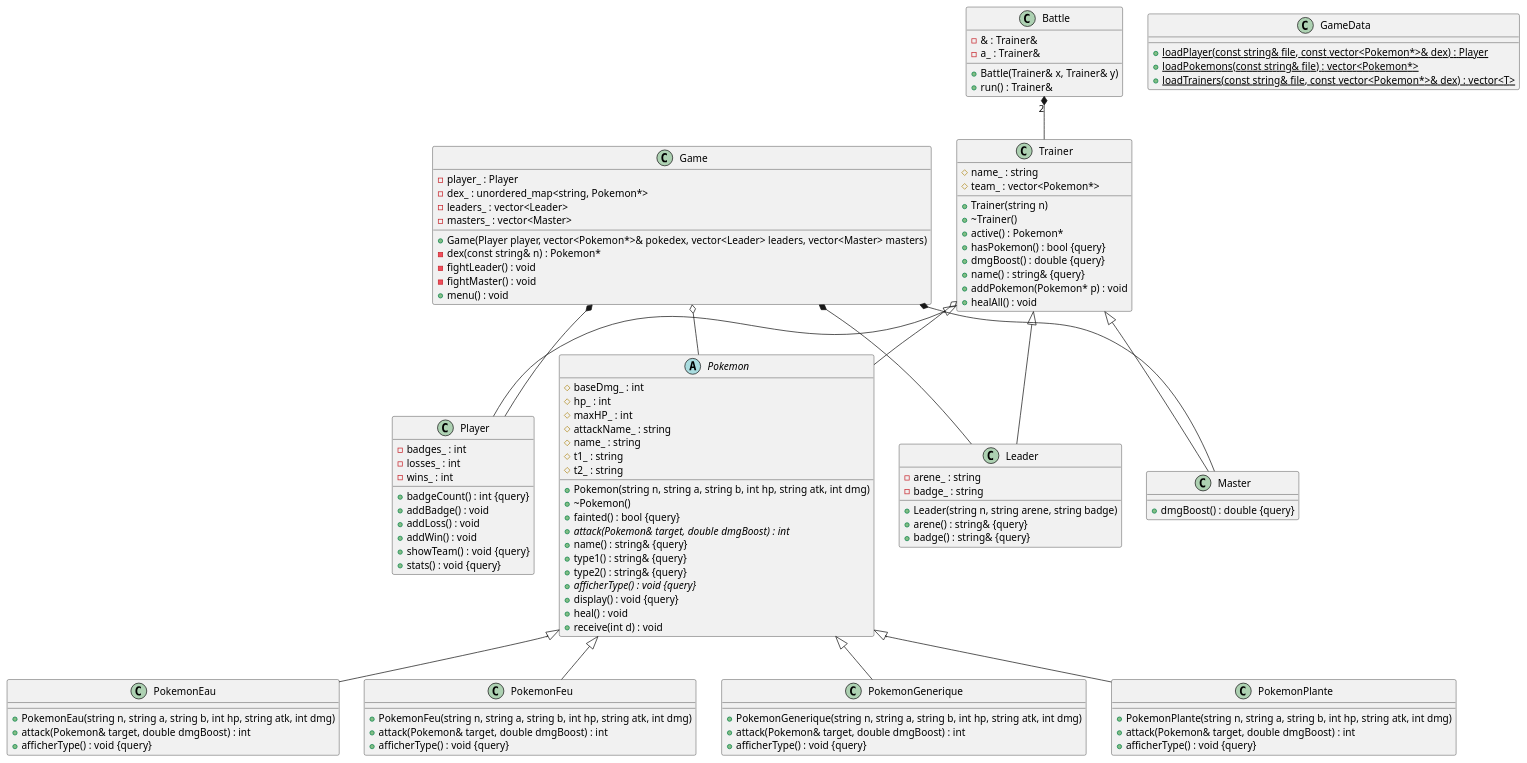
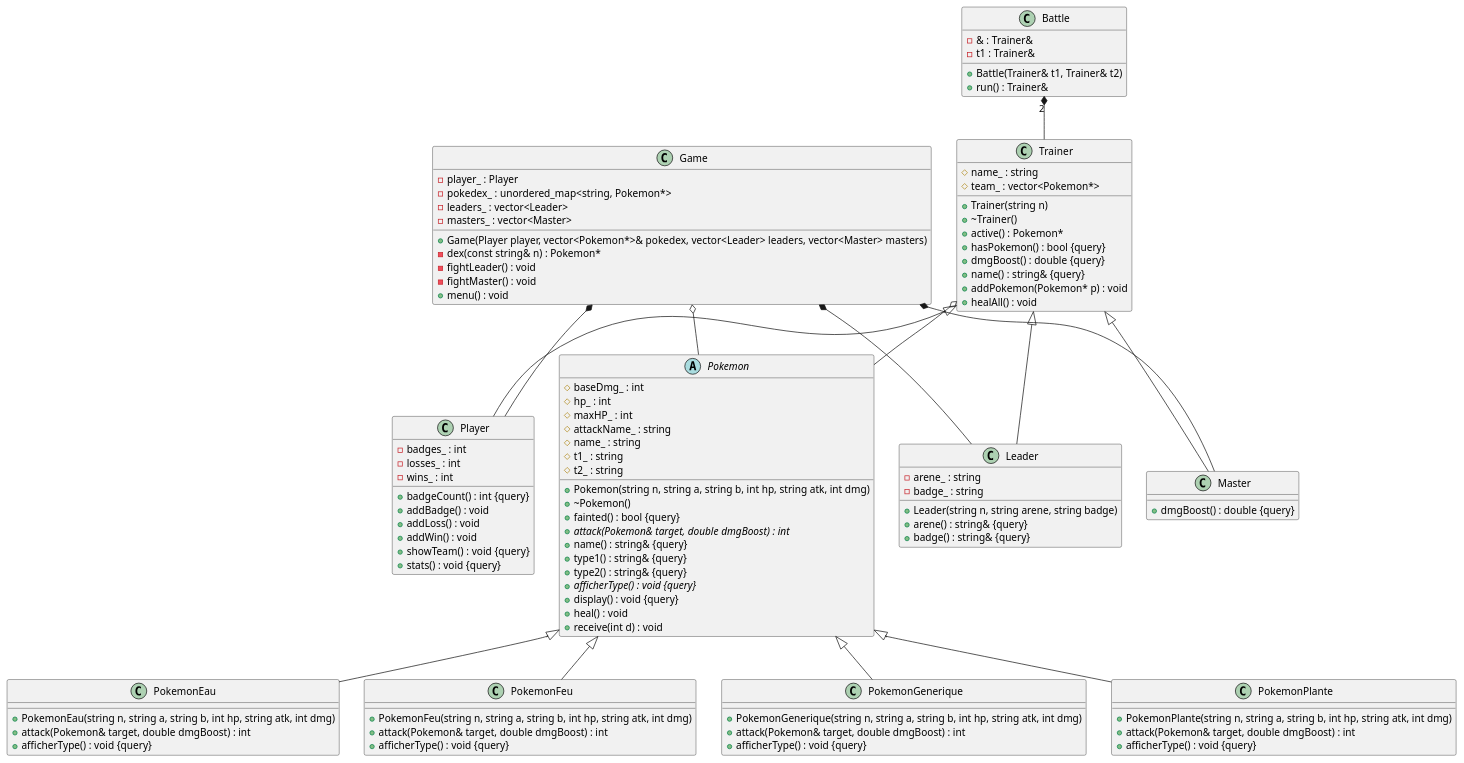
Before and after one commit to UrbsKali/cppokemon: the diagram in UML/output.puml, drawn with PlantUML. The commit also changed 1 other file, not shown here.

Commit message:
update UML

```diff
--- a/UML/output.puml
+++ b/UML/output.puml
@@ -1,185 +1,178 @@
 @startuml
 
 
 
 
 
 /' Objects '/
 
 class Battle {
-	+Battle(Trainer& x, Trainer& y)
+	+Battle(Trainer& t1, Trainer& t2)
 	-& : Trainer&
-	-a_ : Trainer&
 	+run() : Trainer&
+	-t1 : Trainer&
 }
 
 
 class Game {
 	+Game(Player player, vector<Pokemon*>& pokedex, vector<Leader> leaders, vector<Master> masters)
 	-player_ : Player
 	-dex(const string& n) : Pokemon*
-	-dex_ : unordered_map<string, Pokemon*>
+	-pokedex_ : unordered_map<string, Pokemon*>
 	-leaders_ : vector<Leader>
 	-masters_ : vector<Master>
 	-fightLeader() : void
 	-fightMaster() : void
 	+menu() : void
-}
-
-
-class GameData {
-	+{static} loadPlayer(const string& file, const vector<Pokemon*>& dex) : Player
-	+{static} loadPokemons(const string& file) : vector<Pokemon*>
-	+{static} loadTrainers(const string& file, const vector<Pokemon*>& dex) : vector<T>
 }
 
 
 class Leader {
 	+Leader(string n, string arene, string badge)
 	-arene_ : string
 	-badge_ : string
 	+arene() : string& {query}
 	+badge() : string& {query}
 }
 
 
 class Master {
 	+dmgBoost() : double {query}
 }
 
 
 class Player {
 	+badgeCount() : int {query}
 	-badges_ : int
 	-losses_ : int
 	-wins_ : int
 	+addBadge() : void
 	+addLoss() : void
 	+addWin() : void
 	+showTeam() : void {query}
 	+stats() : void {query}
 }
 
 
 abstract class Pokemon {
 	+Pokemon(string n, string a, string b, int hp, string atk, int dmg)
 	+~Pokemon()
 	+fainted() : bool {query}
 	+{abstract} attack(Pokemon& target, double dmgBoost) : int
 	#baseDmg_ : int
 	#hp_ : int
 	#maxHP_ : int
 	#attackName_ : string
 	#name_ : string
 	#t1_ : string
 	#t2_ : string
 	+name() : string& {query}
 	+type1() : string& {query}
 	+type2() : string& {query}
 	+{abstract} afficherType() : void {query}
 	+display() : void {query}
 	+heal() : void
 	+receive(int d) : void
 }
 
 
 class PokemonEau {
 	+PokemonEau(string n, string a, string b, int hp, string atk, int dmg)
 	+attack(Pokemon& target, double dmgBoost) : int
 	+afficherType() : void {query}
 }
 
 
 class PokemonFeu {
 	+PokemonFeu(string n, string a, string b, int hp, string atk, int dmg)
 	+attack(Pokemon& target, double dmgBoost) : int
 	+afficherType() : void {query}
 }
 
 
 class PokemonGenerique {
 	+PokemonGenerique(string n, string a, string b, int hp, string atk, int dmg)
 	+attack(Pokemon& target, double dmgBoost) : int
 	+afficherType() : void {query}
 }
 
 
 class PokemonPlante {
 	+PokemonPlante(string n, string a, string b, int hp, string atk, int dmg)
 	+attack(Pokemon& target, double dmgBoost) : int
 	+afficherType() : void {query}
 }
 
 
 class Trainer {
 	+Trainer(string n)
 	+~Trainer()
 	+active() : Pokemon*
 	+hasPokemon() : bool {query}
 	+dmgBoost() : double {query}
 	#name_ : string
 	+name() : string& {query}
 	#team_ : vector<Pokemon*>
 	+addPokemon(Pokemon* p) : void
 	+healAll() : void
 }
 
 
 
 
 
 /' Inheritance relationships '/
 
 Pokemon <|-- PokemonEau
 
 
 Pokemon <|-- PokemonFeu
 
 
 Pokemon <|-- PokemonGenerique
 
 
 Pokemon <|-- PokemonPlante
 
 
 Trainer <|-- Leader
 
 
 Trainer <|-- Master
 
 
 Trainer <|-- Player
 
 
 
 
 
 /' Aggregation relationships '/
 
 Battle "2" *-- Trainer
 
 
 Game *-- Leader
 
 
 Game *-- Master
 
 
 Game *-- Player
 
 
 Game o-- Pokemon
 
 
 Trainer o-- Pokemon
 
 
 
 
 
 
 /' Nested objects '/
 
 
 
 @enduml
```
